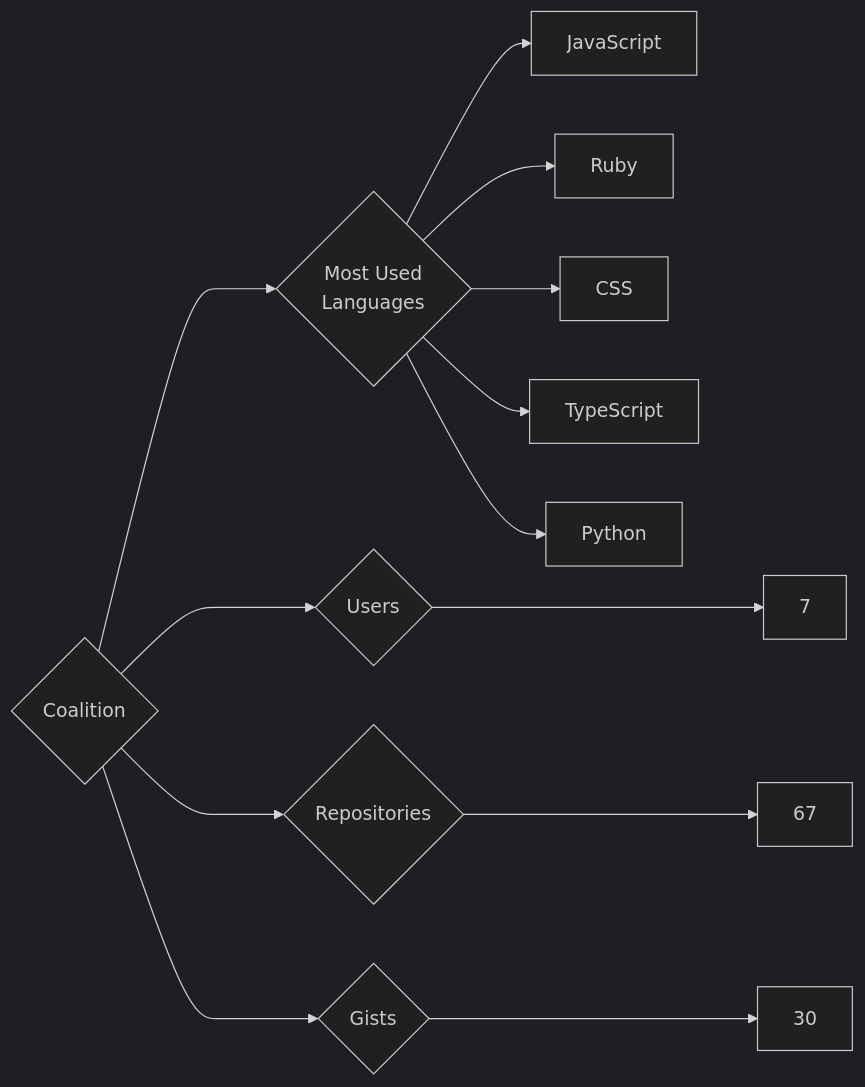
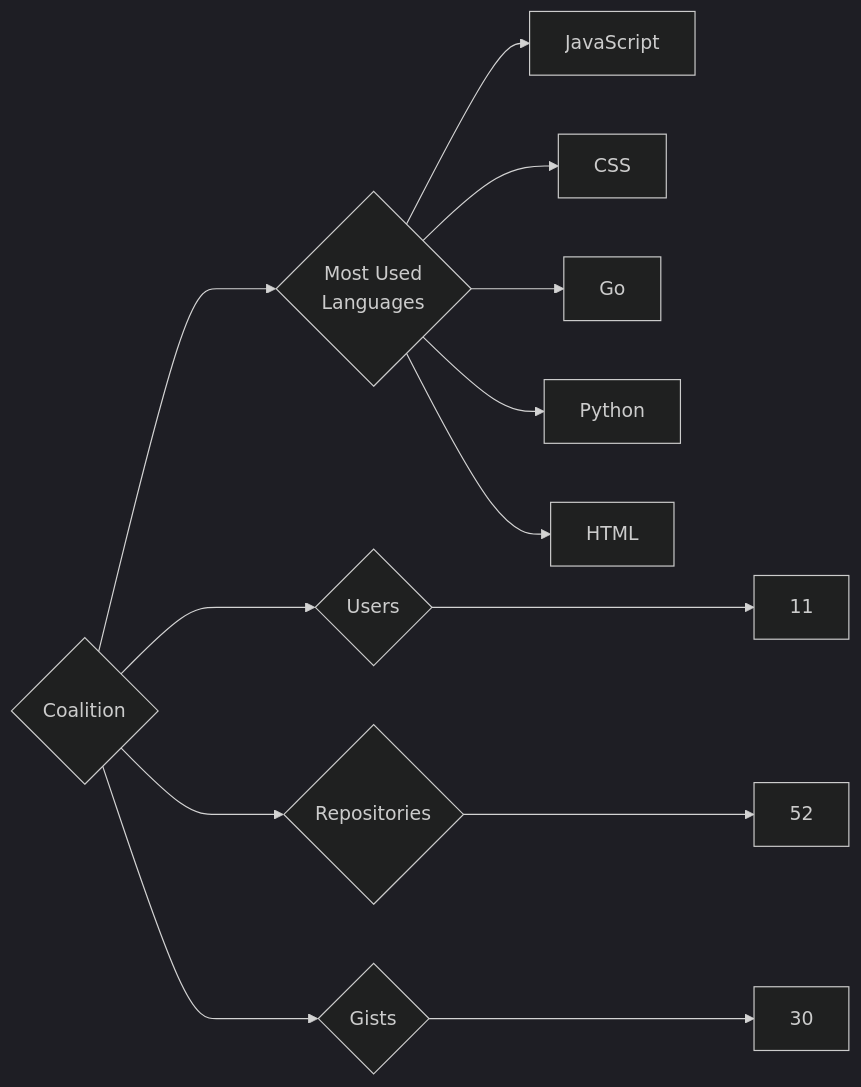
The diagram in targets/Coalition/README.md (trickest/insiders), drawn with Mermaid (dark theme) before and after one commit. The commit also changed 1055 other files, not shown here.

````diff
--- a/targets/Coalition/README.md
+++ b/targets/Coalition/README.md
@@ -3,13 +3,13 @@
 ```mermaid
 graph LR
 COMPANY_NAME{Coalition}
-COMPANY_NAME ---> U{Users} ---> UN[7]
-COMPANY_NAME ---> R{Repositories} ---> RN[67]
+COMPANY_NAME ---> U{Users} ---> UN[11]
+COMPANY_NAME ---> R{Repositories} ---> RN[52]
 COMPANY_NAME ---> G{Gists} ---> GN[30]
 COMPANY_NAME ---> ML{Most Used<br>Languages}
 ML --> JavaScript[JavaScript]
-ML --> Ruby[Ruby]
 ML --> CSS[CSS]
-ML --> TypeScript[TypeScript]
+ML --> Go[Go]
 ML --> Python[Python]
+ML --> HTML[HTML]
 ```
````
